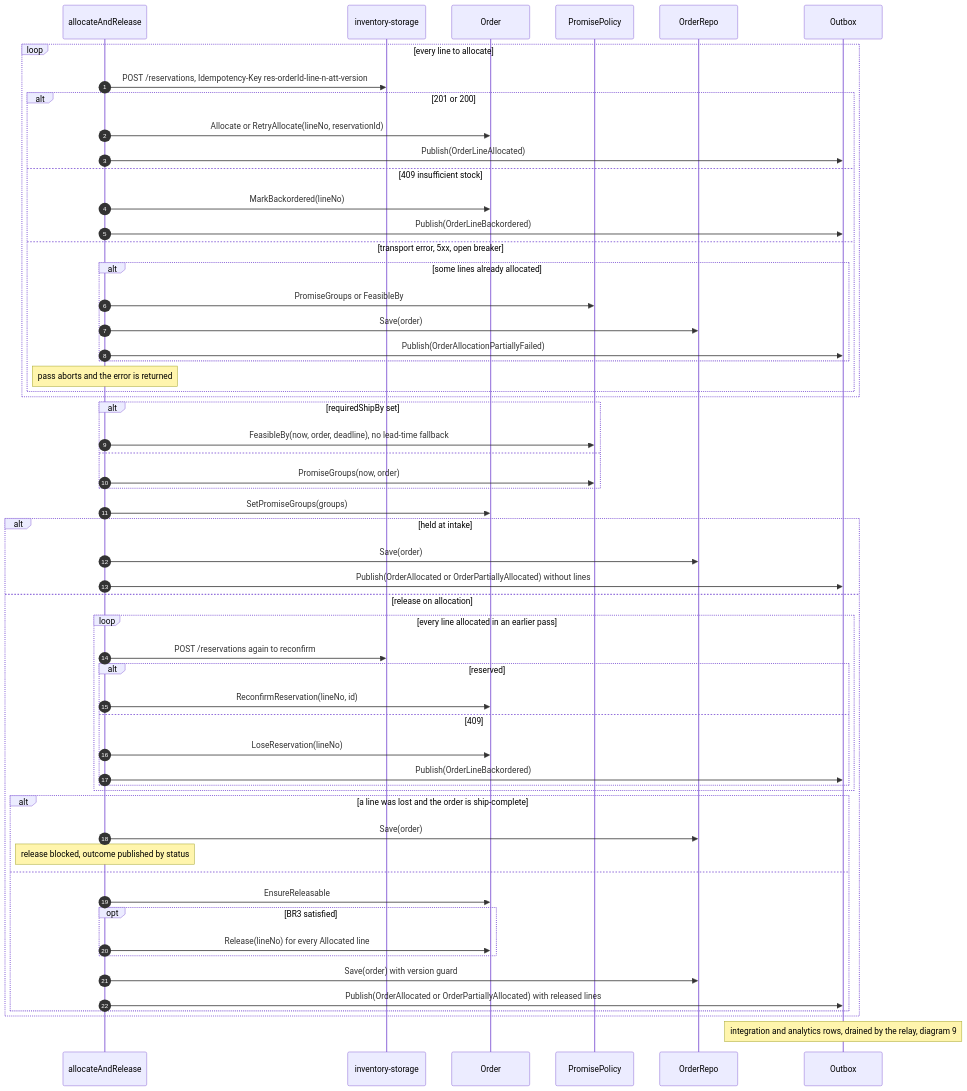
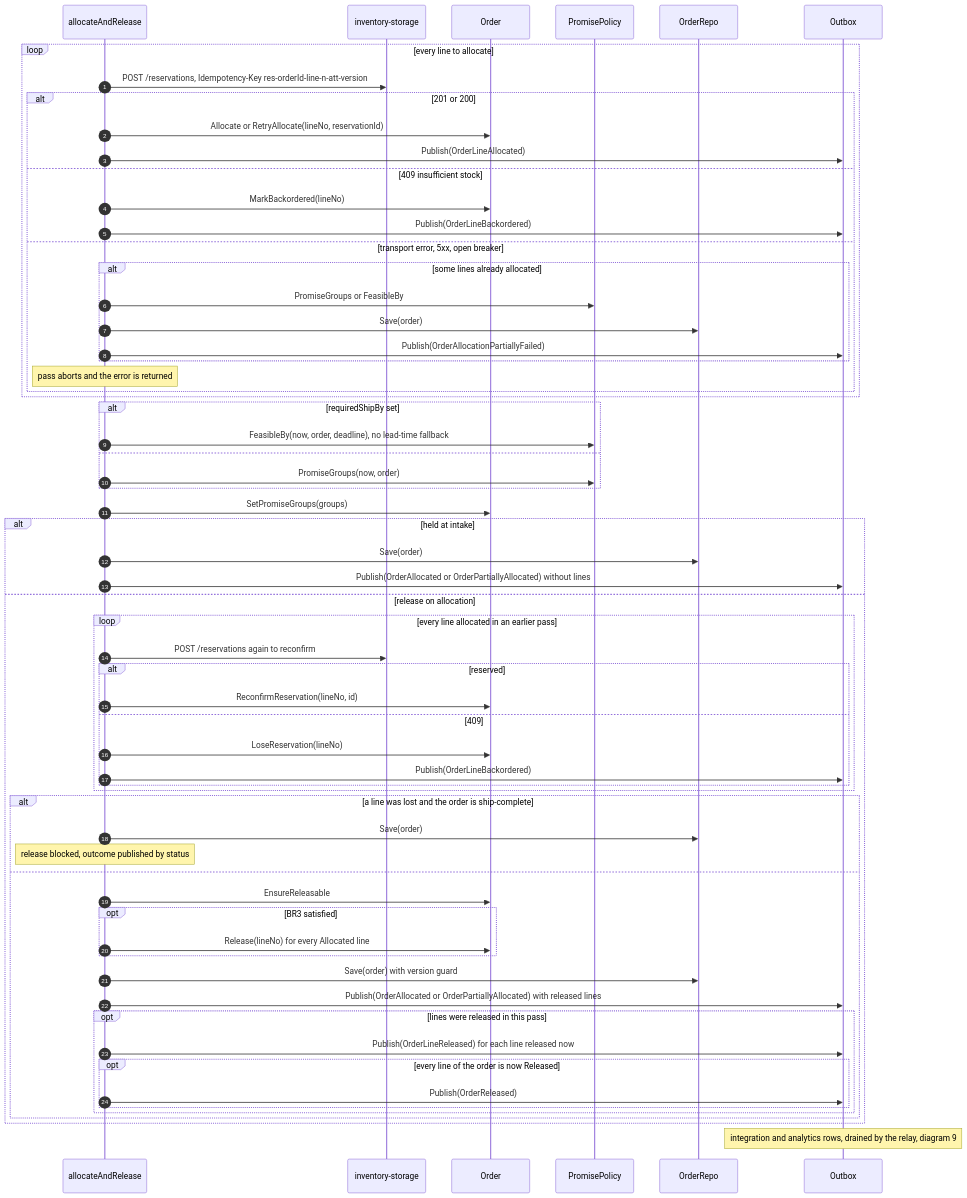
Before and after one commit to IQVO/warehouse-docs: the second of 9 diagrams in docs/contexts/order-management/sequence-diagrams.md, drawn with Mermaid. The commit also changed other lines of this file and 107 other files, not shown here.

````diff
--- a/docs/contexts/order-management/sequence-diagrams.md
+++ b/docs/contexts/order-management/sequence-diagrams.md
@@ -107,60 +107,66 @@
 ```mermaid
 sequenceDiagram
   autonumber
   participant UC as allocateAndRelease
   participant INV as inventory-storage
   participant O as Order
   participant PP as PromisePolicy
   participant R as OrderRepo
   participant OB as Outbox
 
   loop every line to allocate
     UC->>INV: POST /reservations, Idempotency-Key res-orderId-line-n-att-version
     alt 201 or 200
       UC->>O: Allocate or RetryAllocate(lineNo, reservationId)
       UC->>OB: Publish(OrderLineAllocated)
     else 409 insufficient stock
       UC->>O: MarkBackordered(lineNo)
       UC->>OB: Publish(OrderLineBackordered)
     else transport error, 5xx, open breaker
       alt some lines already allocated
         UC->>PP: PromiseGroups or FeasibleBy
         UC->>R: Save(order)
         UC->>OB: Publish(OrderAllocationPartiallyFailed)
       end
       Note over UC: pass aborts and the error is returned
     end
   end
   alt requiredShipBy set
     UC->>PP: FeasibleBy(now, order, deadline), no lead-time fallback
   else
     UC->>PP: PromiseGroups(now, order)
   end
   UC->>O: SetPromiseGroups(groups)
   alt held at intake
     UC->>R: Save(order)
     UC->>OB: Publish(OrderAllocated or OrderPartiallyAllocated) without lines
   else release on allocation
     loop every line allocated in an earlier pass
       UC->>INV: POST /reservations again to reconfirm
       alt reserved
         UC->>O: ReconfirmReservation(lineNo, id)
       else 409
         UC->>O: LoseReservation(lineNo)
         UC->>OB: Publish(OrderLineBackordered)
       end
     end
     alt a line was lost and the order is ship-complete
       UC->>R: Save(order)
       Note over UC: release blocked, outcome published by status
     else
       UC->>O: EnsureReleasable
       opt BR3 satisfied
         UC->>O: Release(lineNo) for every Allocated line
       end
       UC->>R: Save(order) with version guard
       UC->>OB: Publish(OrderAllocated or OrderPartiallyAllocated) with released lines
+      opt lines were released in this pass
+        UC->>OB: Publish(OrderLineReleased) for each line released now
+        opt every line of the order is now Released
+          UC->>OB: Publish(OrderReleased)
+        end
+      end
     end
   end
   Note over OB: integration and analytics rows, drained by the relay, diagram 9
 ```
````
